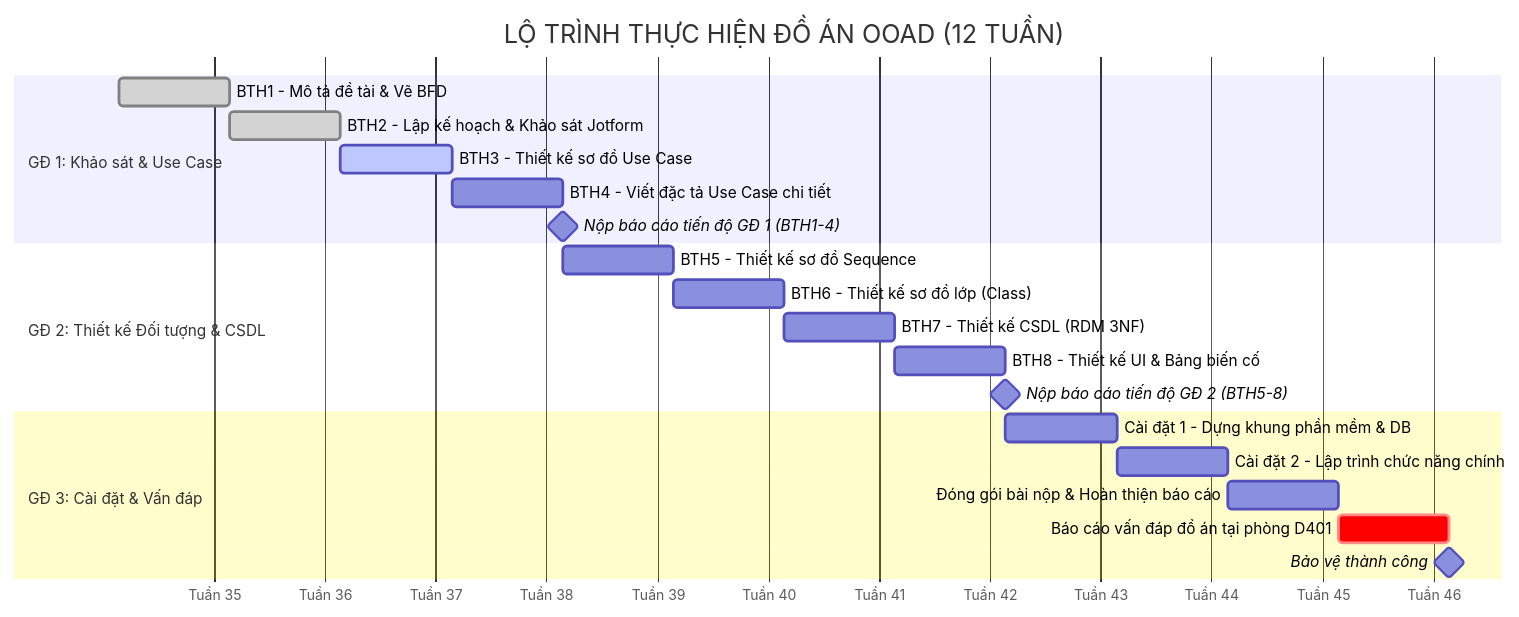
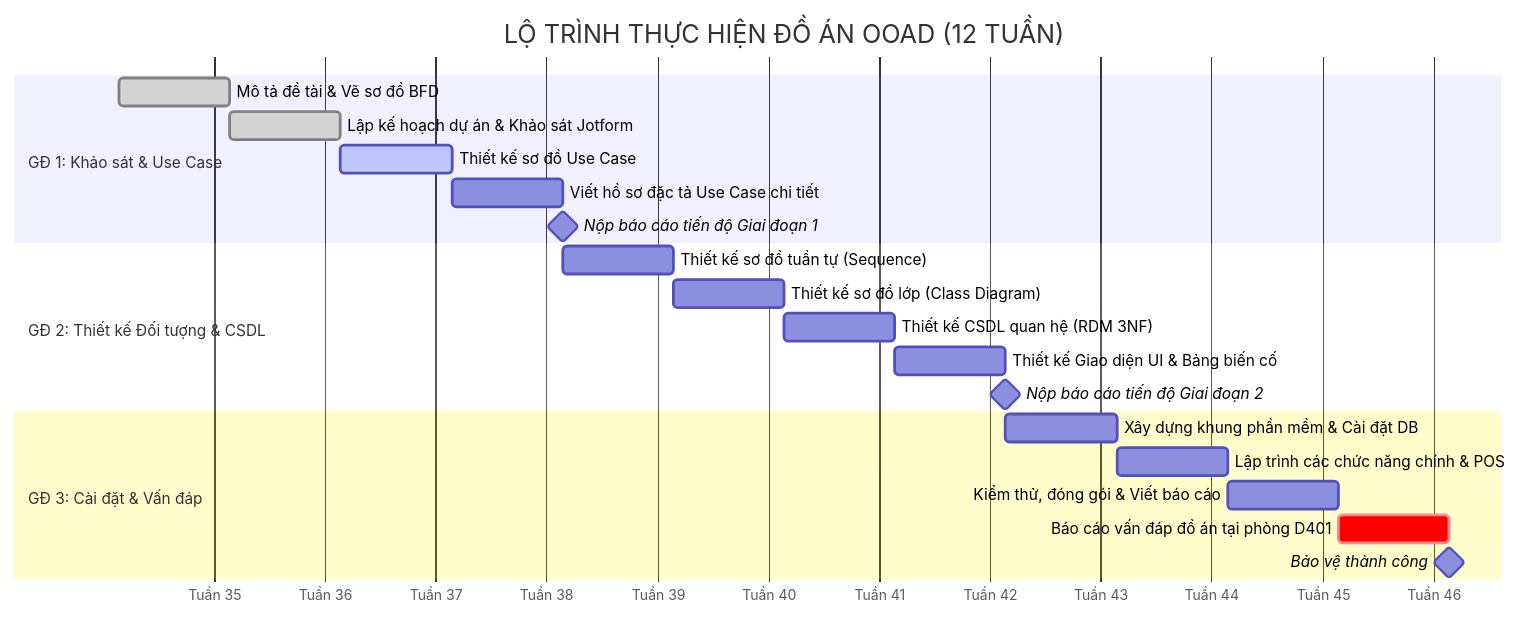
One commit to nphat-code/DoAn-OOAD-SGU changed the diagram in BTH/BTH2_KeHoach_KhaoSat/BTH2_KeHoach_KhaoSat.md. Above: the diagram before and after it, drawn with Mermaid. The commit also changed other lines of this file, not shown here.

Commit message:
refactor(bth2): remove BTH prefixes from task names in gantt and table

````diff
--- a/BTH/BTH2_KeHoach_KhaoSat/BTH2_KeHoach_KhaoSat.md
+++ b/BTH/BTH2_KeHoach_KhaoSat/BTH2_KeHoach_KhaoSat.md
@@ -12,27 +12,27 @@
 ```mermaid
 gantt
     title LỘ TRÌNH THỰC HIỆN ĐỒ ÁN OOAD (12 TUẦN)
     dateFormat  YYYY-MM-DD
     axisFormat  Tuần %W
 
     section GĐ 1: Khảo sát & Use Case
-    BTH1 - Mô tả đề tài & Vẽ BFD          :done, bth1, 2025-09-01, 7d
-    BTH2 - Lập kế hoạch & Khảo sát Jotform:done, bth2, after bth1, 7d
-    BTH3 - Thiết kế sơ đồ Use Case        :active, bth3, after bth2, 7d
-    BTH4 - Viết đặc tả Use Case chi tiết  :bth4, after bth3, 7d
-    Nộp báo cáo tiến độ GĐ 1 (BTH1-4)     :milestone, m1, after bth4, 0d
+    Mô tả đề tài & Vẽ sơ đồ BFD           :done, t1, 2025-09-01, 7d
+    Lập kế hoạch dự án & Khảo sát Jotform :done, t2, after t1, 7d
+    Thiết kế sơ đồ Use Case               :active, t3, after t2, 7d
+    Viết hồ sơ đặc tả Use Case chi tiết   :t4, after t3, 7d
+    Nộp báo cáo tiến độ Giai đoạn 1       :milestone, m1, after t4, 0d
 
     section GĐ 2: Thiết kế Đối tượng & CSDL
-    BTH5 - Thiết kế sơ đồ Sequence        :bth5, after bth4, 7d
-    BTH6 - Thiết kế sơ đồ lớp (Class)     :bth6, after bth5, 7d
-    BTH7 - Thiết kế CSDL (RDM 3NF)        :bth7, after bth6, 7d
-    BTH8 - Thiết kế UI & Bảng biến cố     :bth8, after bth7, 7d
-    Nộp báo cáo tiến độ GĐ 2 (BTH5-8)     :milestone, m2, after bth8, 0d
+    Thiết kế sơ đồ tuần tự (Sequence)     :t5, after t4, 7d
+    Thiết kế sơ đồ lớp (Class Diagram)    :t6, after t5, 7d
+    Thiết kế CSDL quan hệ (RDM 3NF)       :t7, after t6, 7d
+    Thiết kế Giao diện UI & Bảng biến cố  :t8, after t7, 7d
+    Nộp báo cáo tiến độ Giai đoạn 2       :milestone, m2, after t8, 0d
 
     section GĐ 3: Cài đặt & Vấn đáp
-    Cài đặt 1 - Dựng khung phần mềm & DB  :dev1, after bth8, 7d
-    Cài đặt 2 - Lập trình chức năng chính :dev2, after dev1, 7d
-    Đóng gói bài nộp & Hoàn thiện báo cáo :doc, after dev2, 7d
-    Báo cáo vấn đáp đồ án tại phòng D401  :crit, defense, after doc, 7d
-    Bảo vệ thành công                     :milestone, m3, after defense, 0d
+    Xây dựng khung phần mềm & Cài đặt DB  :t9, after t8, 7d
+    Lập trình các chức năng chính & POS   :t10, after t9, 7d
+    Kiểm thử, đóng gói & Viết báo cáo     :t11, after t10, 7d
+    Báo cáo vấn đáp đồ án tại phòng D401  :crit, t12, after t11, 7d
+    Bảo vệ thành công                     :milestone, m3, after t12, 0d
 ```
````
